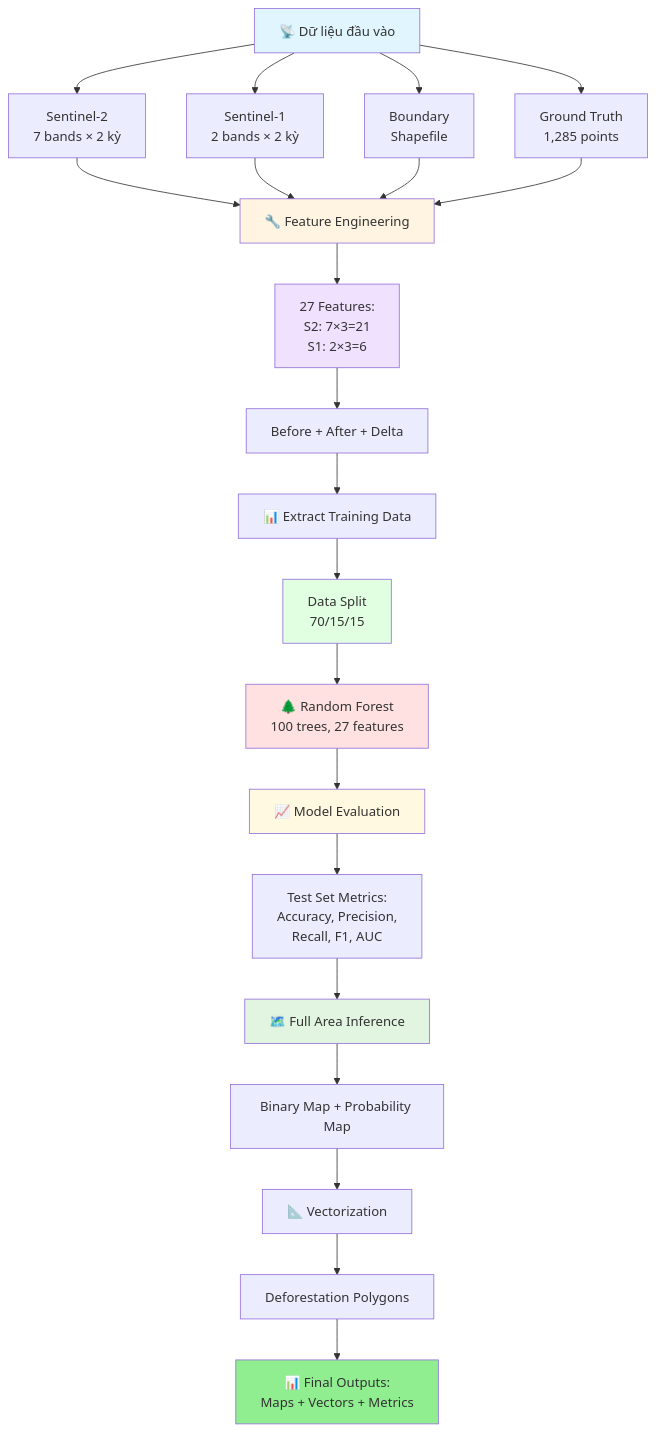
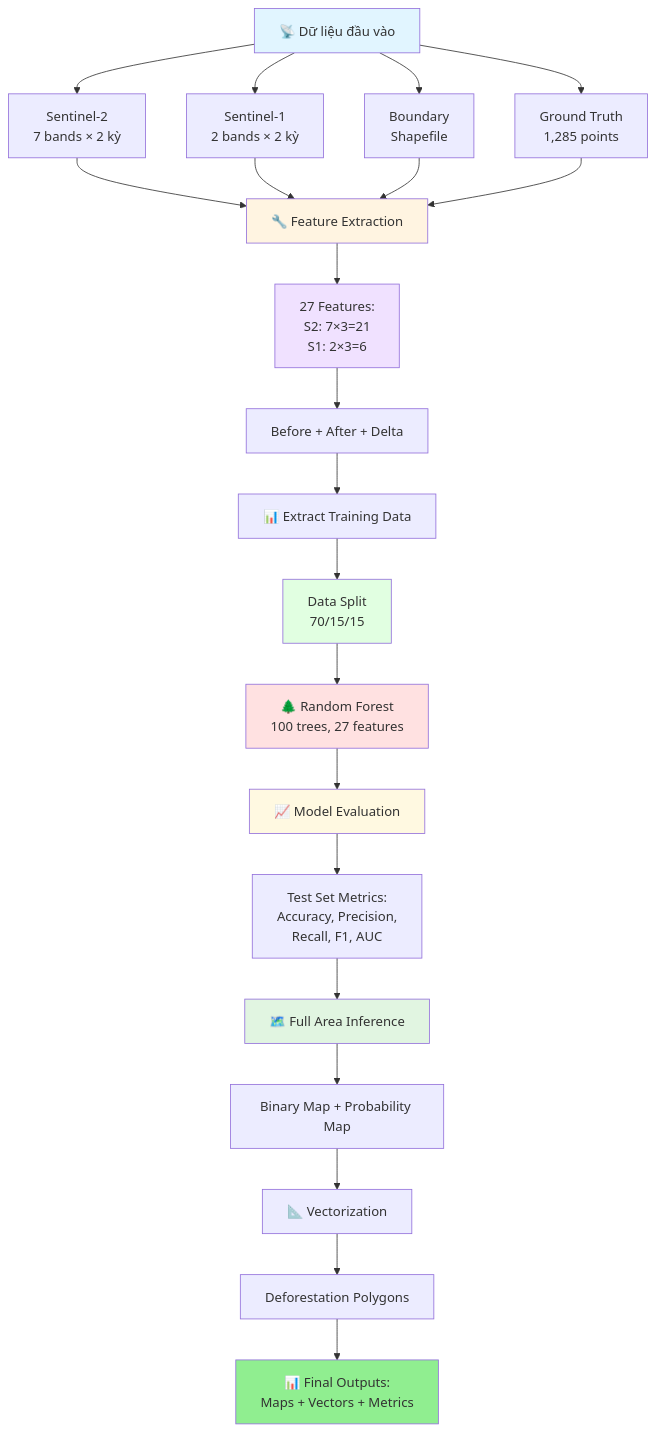
The first of 2 diagrams in README.md (ninhhaidang/ForestMonitoring-CaMau), drawn with Mermaid before and after one commit. The commit also changed other lines of this file, not shown here.

````diff
--- a/README.md
+++ b/README.md
@@ -25,40 +25,40 @@
 ```mermaid
 flowchart TD
     A[📡 Dữ liệu đầu vào] --> B[Sentinel-2<br/>7 bands × 2 kỳ]
     A --> C[Sentinel-1<br/>2 bands × 2 kỳ]
     A --> D[Ground Truth<br/>1,285 points]
     A --> E[Boundary<br/>Shapefile]
 
-    B --> F[🔧 Feature Engineering]
+    B --> F[🔧 Feature Extraction]
     C --> F
     E --> F
     D --> F
 
     F --> G[27 Features:<br/>S2: 7×3=21<br/>S1: 2×3=6]
     G --> H[Before + After + Delta]
 
     H --> I[📊 Extract Training Data]
     I --> J[Data Split<br/>70/15/15]
 
     J --> K[🌲 Random Forest<br/>100 trees, 27 features]
 
     K --> L[📈 Model Evaluation]
     L --> M[Test Set Metrics:<br/>Accuracy, Precision,<br/>Recall, F1, AUC]
 
     M --> N[🗺️ Full Area Inference]
     N --> O[Binary Map + Probability Map]
 
     O --> P[📐 Vectorization]
     P --> Q[Deforestation Polygons]
 
     Q --> R[📊 Final Outputs:<br/>Maps + Vectors + Metrics]
 
     style A fill:#e1f5ff
     style F fill:#fff4e1
     style G fill:#f0e1ff
     style J fill:#e1ffe1
     style K fill:#ffe1e1
     style L fill:#fff9e1
     style N fill:#e1f5e1
     style R fill:#90EE90
 ```
````
